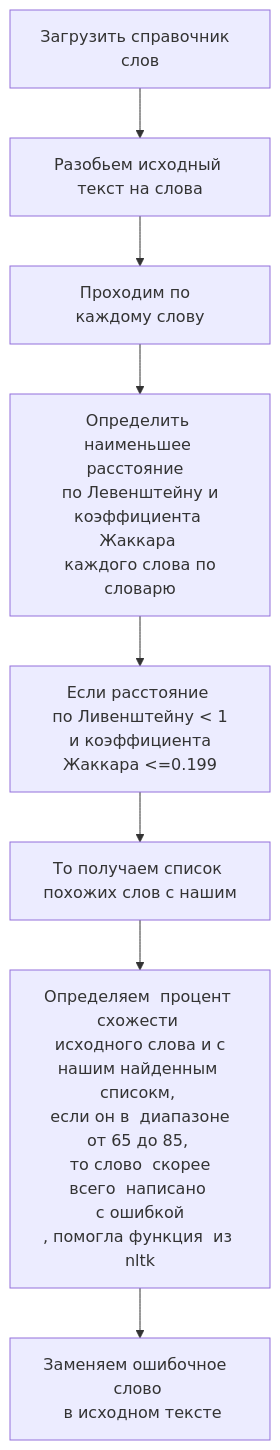
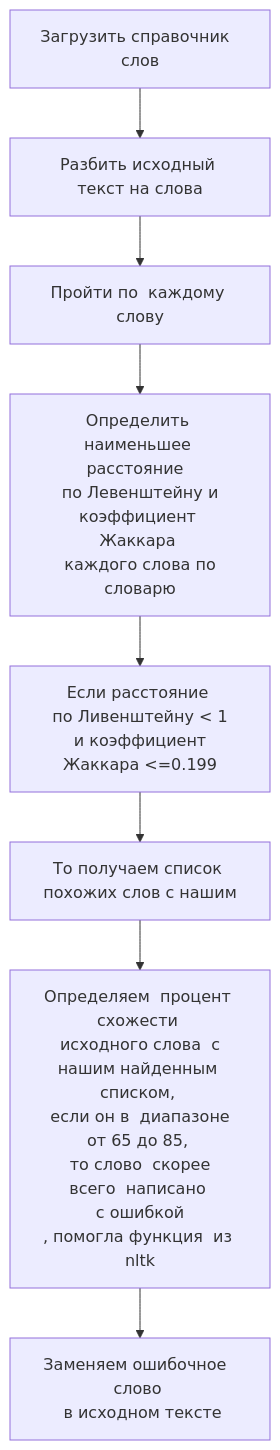
Before and after one commit to Barolina/search_spelling_errors: the diagram in README.MD, drawn with Mermaid.

````diff
--- a/README.MD
+++ b/README.MD
@@ -23,20 +23,20 @@
 ```mermaid
 flowchart TB
 	A[Загрузить справочник  слов]
-	B[Разобьем исходный текст на слова]
-	C[Проходим по  каждому слову]		
-	M[Определить наименьшее расстояние  \n по Левенштейну и коэффициента Жаккара \n каждого слова по словарю]
-	D[Если расстояние \n по Ливенштейну < 1 \n и коэффициента Жаккара <=0.199]
+	B[Разбить исходный текст на слова]
+	C[Пройти по  каждому слову]		
+	M[Определить наименьшее расстояние  \n по Левенштейну и коэффициент Жаккара \n каждого слова по словарю]
+	D[Если расстояние \n по Ливенштейну < 1 \n и коэффициент Жаккара <=0.199]
 	H[То получаем список похожих слов с нашим]	
-	K[Определяем  процент схожести \n исходного слова и с нашим найденным списокм, \n если он в  диапазоне от 65 до 85, \n то слово  скорее всего  написано \n с ошибкой \n, помогла функция  из nltk]
+	K[Определяем  процент схожести \n исходного слова  с нашим найденным списком, \n если он в  диапазоне от 65 до 85, \n то слово  скорее всего  написано \n с ошибкой \n, помогла функция  из nltk]
 	L[Заменяем ошибочное  слово \n в исходном тексте]
 	A --> B
 	B --> C	 	
 	C --> M	
 	M --> D
 	D --> H	
 	H --> K	
 	K --> L
 	
 
 ```
````
